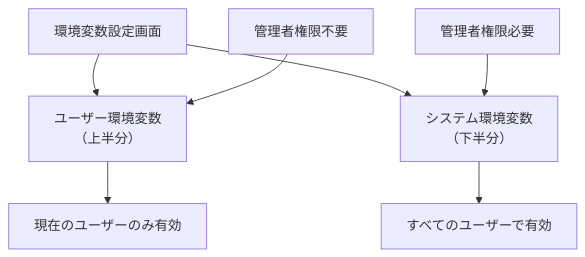
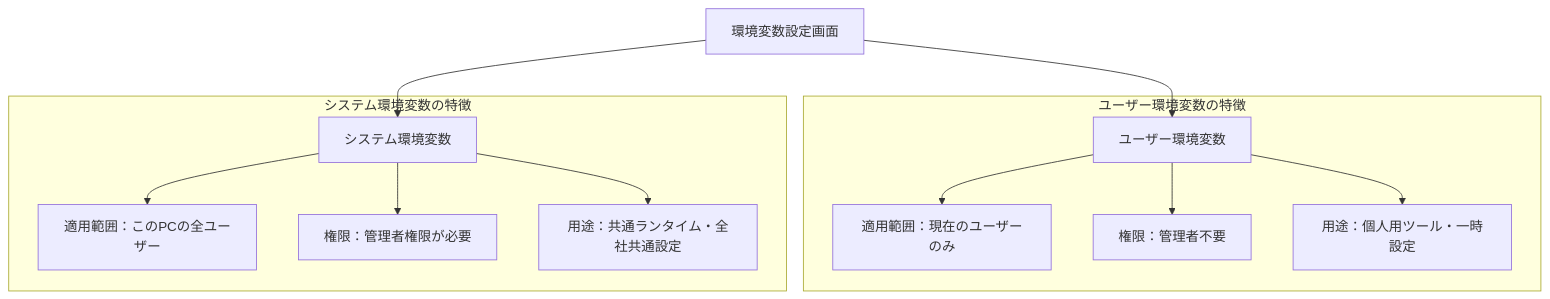
One commit to Monzi-takuya/web-fundamentals-for-non-engineers changed the third of 5 diagrams in docs/01_コンピューター基礎知識/13_応用_Windowsのシステム環境変数とPATH設定.md. Above: the diagram before and after it, drawn with Mermaid. The commit also changed other lines of this file and 4 other files, not shown here.

````diff
--- a/docs/01_コンピューター基礎知識/13_応用_Windowsのシステム環境変数とPATH設定.md
+++ b/docs/01_コンピューター基礎知識/13_応用_Windowsのシステム環境変数とPATH設定.md
@@ -218,11 +218,17 @@
 ```mermaid
 flowchart TD
-    A["環境変数設定画面"] --> B["ユーザー環境変数<br/>（上半分）"]
-    A --> C["システム環境変数<br/>（下半分）"]
-    
-    B --> D["現在のユーザーのみ有効"]
-    C --> E["すべてのユーザーで有効"]
-    
-    F["管理者権限不要"] --> B
-    G["管理者権限必要"] --> C
+    A["環境変数設定画面"] --> B["ユーザー環境変数"]
+    A --> C["システム環境変数"]
+
+    subgraph S1[ユーザー環境変数の特徴]
+        B --> B1[適用範囲：現在のユーザーのみ]
+        B --> B2[権限：管理者不要]
+        B --> B3[用途：個人用ツール・一時設定]
+    end
+
+    subgraph S2[システム環境変数の特徴]
+        C --> C1[適用範囲：このPCの全ユーザー]
+        C --> C2[権限：管理者権限が必要]
+        C --> C3[用途：共通ランタイム・全社共通設定]
+    end
 ```
````
